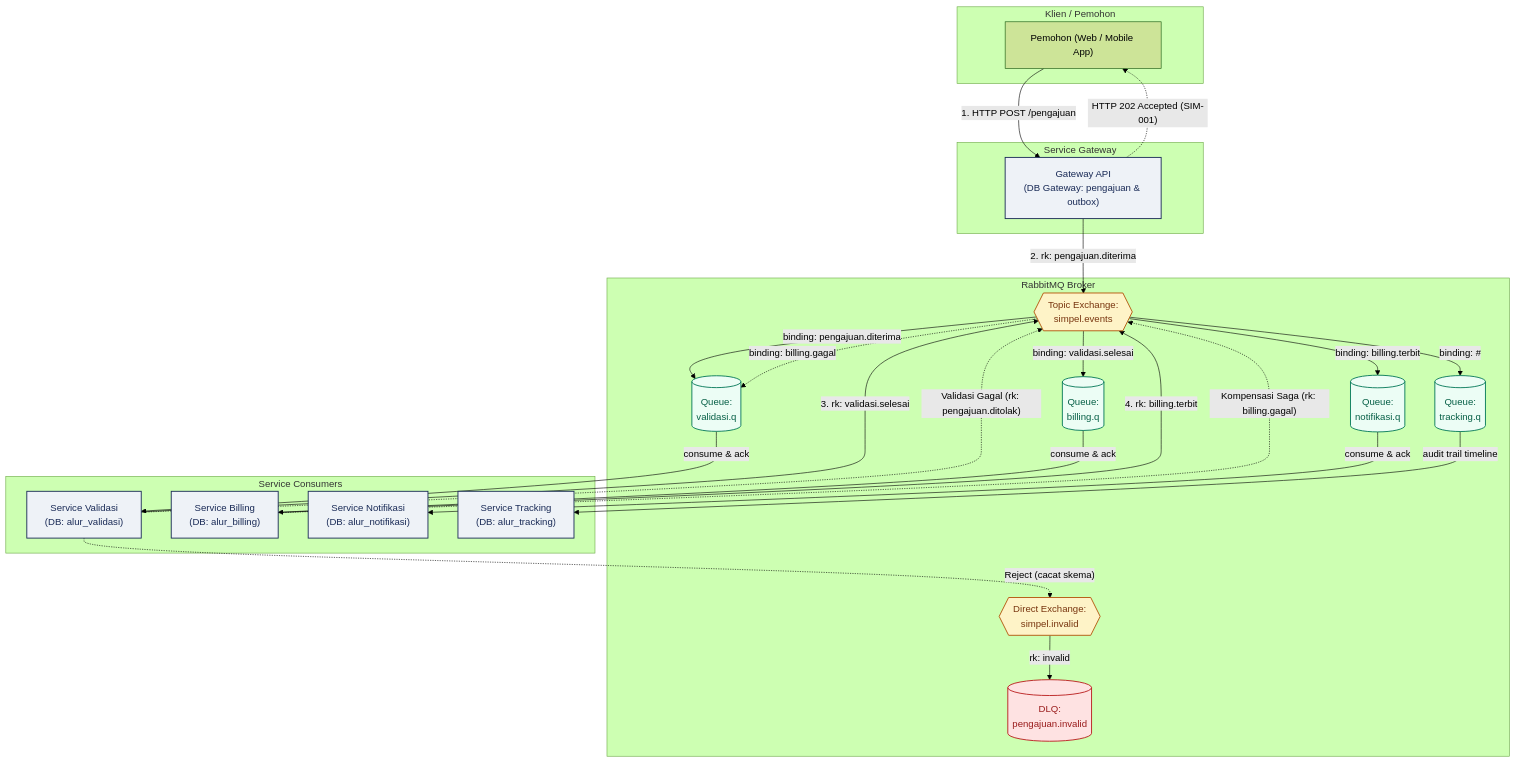
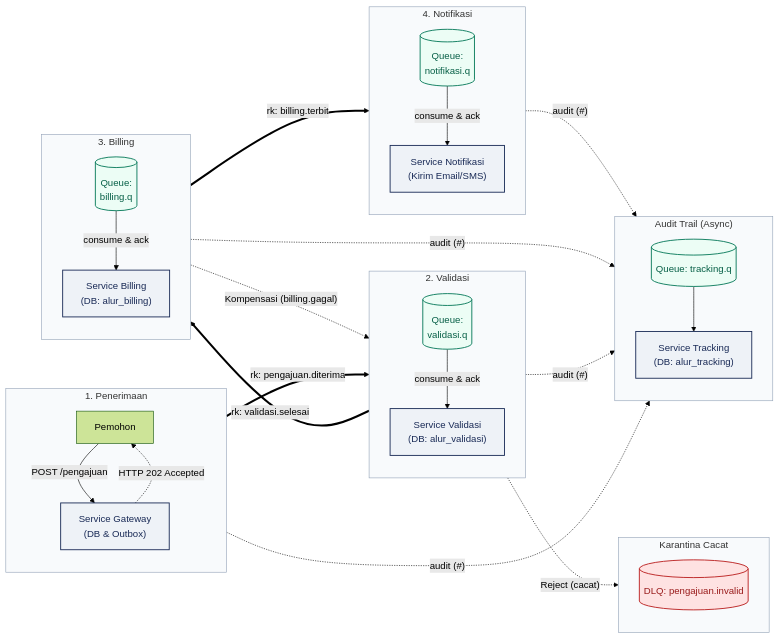
Before and after one commit to chmdznr/simpel-lab: the second of 2 diagrams in lab/lab2-desain/lembar-kerja-contoh.md, drawn with Mermaid (forest theme). The commit also changed other lines of this file, not shown here.

Commit message:
docs(lab2): perbarui visualisasi alur menggunakan Sequence Diagram dan Pipeline Flowchart LR

````diff
--- a/lab/lab2-desain/lembar-kerja-contoh.md
+++ b/lab/lab2-desain/lembar-kerja-contoh.md
@@ -23,66 +79,58 @@
 ```mermaid
-flowchart TD
-    subgraph Client ["Klien / Pemohon"]
-        Pemohon["Pemohon (Web / Mobile App)"]
+flowchart LR
+    subgraph S1 ["1. Penerimaan"]
+        direction TB
+        P["Pemohon"] -->|"POST /pengajuan"| GW["Service Gateway<br/>(DB & Outbox)"]
+        GW -.->|"HTTP 202 Accepted"| P
     end
 
-    subgraph Service_Gateway ["Service Gateway"]
-        Gateway["Gateway API<br/>(DB Gateway: pengajuan & outbox)"]
+    subgraph S2 ["2. Validasi"]
+        direction TB
+        QV[("Queue:<br/>validasi.q")] -->|"consume & ack"| SV["Service Validasi<br/>(DB: alur_validasi)"]
     end
 
-    subgraph Broker ["RabbitMQ Broker"]
-        Exchange{{"Topic Exchange:<br/>simpel.events"}}
-        DLX{{"Direct Exchange:<br/>simpel.invalid"}}
-        
-        Q_Validasi[("Queue:<br/>validasi.q")]
-        Q_Billing[("Queue:<br/>billing.q")]
-        Q_Notif[("Queue:<br/>notifikasi.q")]
-        Q_Track[("Queue:<br/>tracking.q")]
-        Q_DLQ[("DLQ:<br/>pengajuan.invalid")]
+    subgraph S3 ["3. Billing"]
+        direction TB
+        QB[("Queue:<br/>billing.q")] -->|"consume & ack"| SB["Service Billing<br/>(DB: alur_billing)"]
     end
 
-    subgraph Workers ["Service Consumers"]
-        Validasi["Service Validasi<br/>(DB: alur_validasi)"]
-        Billing["Service Billing<br/>(DB: alur_billing)"]
-        Notifikasi["Service Notifikasi<br/>(DB: alur_notifikasi)"]
-        Tracking["Service Tracking<br/>(DB: alur_tracking)"]
+    subgraph S4 ["4. Notifikasi"]
+        direction TB
+        QN[("Queue:<br/>notifikasi.q")] -->|"consume & ack"| SN["Service Notifikasi<br/>(Kirim Email/SMS)"]
     end
 
-    %% Happy Path Flow
-    Pemohon -->|"1. HTTP POST /pengajuan"| Gateway
-    Gateway -.->|"HTTP 202 Accepted (SIM-001)"| Pemohon
-    Gateway -->|"2. rk: pengajuan.diterima"| Exchange
+    subgraph S5 ["Audit Trail (Async)"]
+        direction TB
+        QT[("Queue: tracking.q")] --> ST["Service Tracking<br/>(DB: alur_tracking)"]
+    end
 
-    Exchange -->|"binding: pengajuan.diterima"| Q_Validasi
-    Q_Validasi -->|"consume & ack"| Validasi
+    subgraph S6 ["Karantina Cacat"]
+        direction TB
+        QDLQ[("DLQ: pengajuan.invalid")]
+    end
 
-    Validasi -->|"3. rk: validasi.selesai"| Exchange
-    Exchange -->|"binding: validasi.selesai"| Q_Billing
-    Q_Billing -->|"consume & ack"| Billing
+    %% Alur Normal Pipeline
+    GW ==>|"rk: pengajuan.diterima"| QV
+    SV ==>|"rk: validasi.selesai"| QB
+    SB ==>|"rk: billing.terbit"| QN
 
-    Billing -->|"4. rk: billing.terbit"| Exchange
-    Exchange -->|"binding: billing.terbit"| Q_Notif
-    Q_Notif -->|"consume & ack"| Notifikasi
+    %% Audit Wildcard (#)
+    GW -.->|"audit (#)"| QT
+    SV -.->|"audit (#)"| QT
+    SB -.->|"audit (#)"| QT
+    SN -.->|"audit (#)"| QT
 
-    %% Audit Tracking Flow
-    Exchange -->|"binding: #"| Q_Track
-    Q_Track -->|"audit trail timeline"| Tracking
+    %% Failure / Reject
+    SV -.->|"Reject (cacat)"| QDLQ
+    SB -.->|"Kompensasi (billing.gagal)"| QV
 
-    %% Failure & Compensation (Saga Pattern)
-    Validasi -.->|"Reject (cacat skema)"| DLX
-    DLX -->|"rk: invalid"| Q_DLQ
-
-    Validasi -.->|"Validasi Gagal (rk: pengajuan.ditolak)"| Exchange
-    Billing -.->|"Kompensasi Saga (rk: billing.gagal)"| Exchange
-    Exchange -.->|"binding: billing.gagal"| Q_Validasi
-
-    classDef service fill:#EEF2F7,stroke:#192A56,stroke-width:1.5px,color:#192A56;
-    classDef broker fill:#FEF3C7,stroke:#B45309,stroke-width:1.5px,color:#78350F;
+    classDef stage fill:#F8FAFC,stroke:#94A3B8,stroke-width:1px;
+    classDef comp fill:#EEF2F7,stroke:#192A56,stroke-width:1.5px,color:#192A56;
     classDef queue fill:#ECFDF5,stroke:#047857,stroke-width:1.5px,color:#065F46;
     classDef dlq fill:#FEE2E2,stroke:#B91C1C,stroke-width:1.5px,color:#991B1B;
 
-    class Gateway,Validasi,Billing,Notifikasi,Tracking service;
-    class Exchange,DLX broker;
-    class Q_Validasi,Q_Billing,Q_Notif,Q_Track queue;
-    class Q_DLQ dlq;
+    class S1,S2,S3,S4,S5,S6 stage;
+    class GW,SV,SB,SN,ST comp;
+    class QV,QB,QN,QT queue;
+    class QDLQ dlq;
 ```
````
